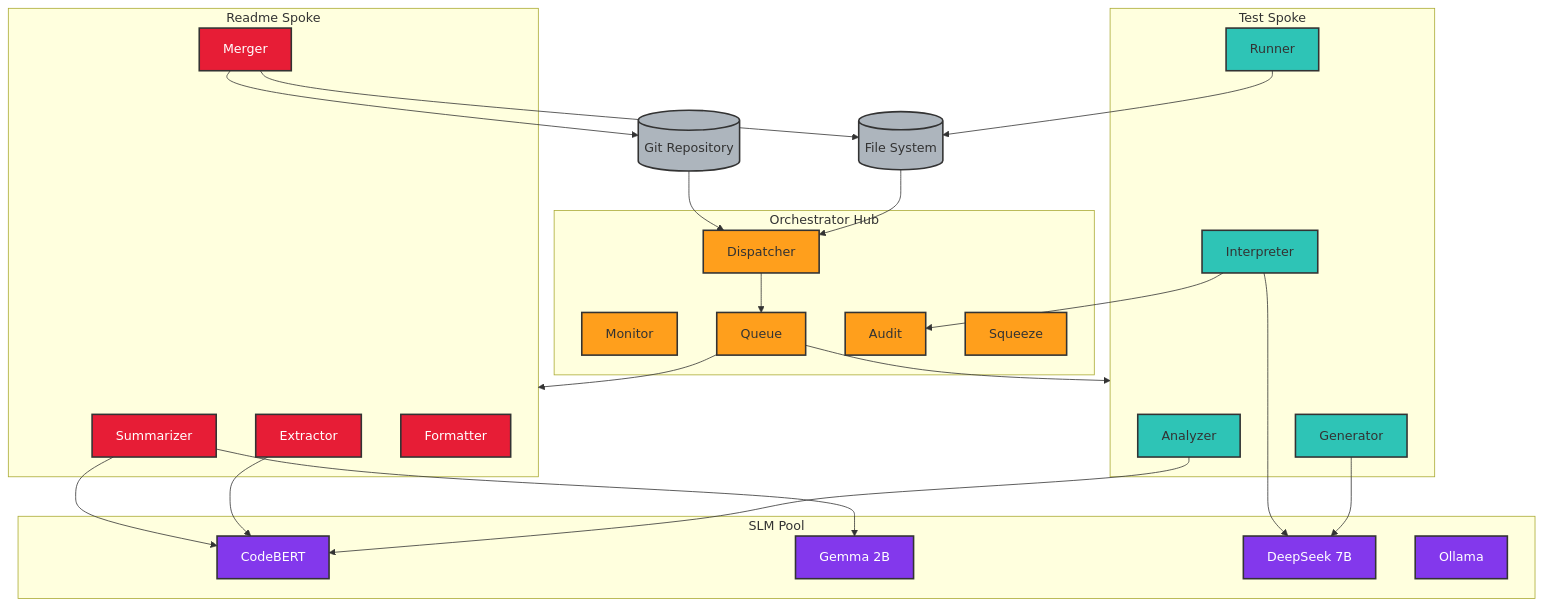
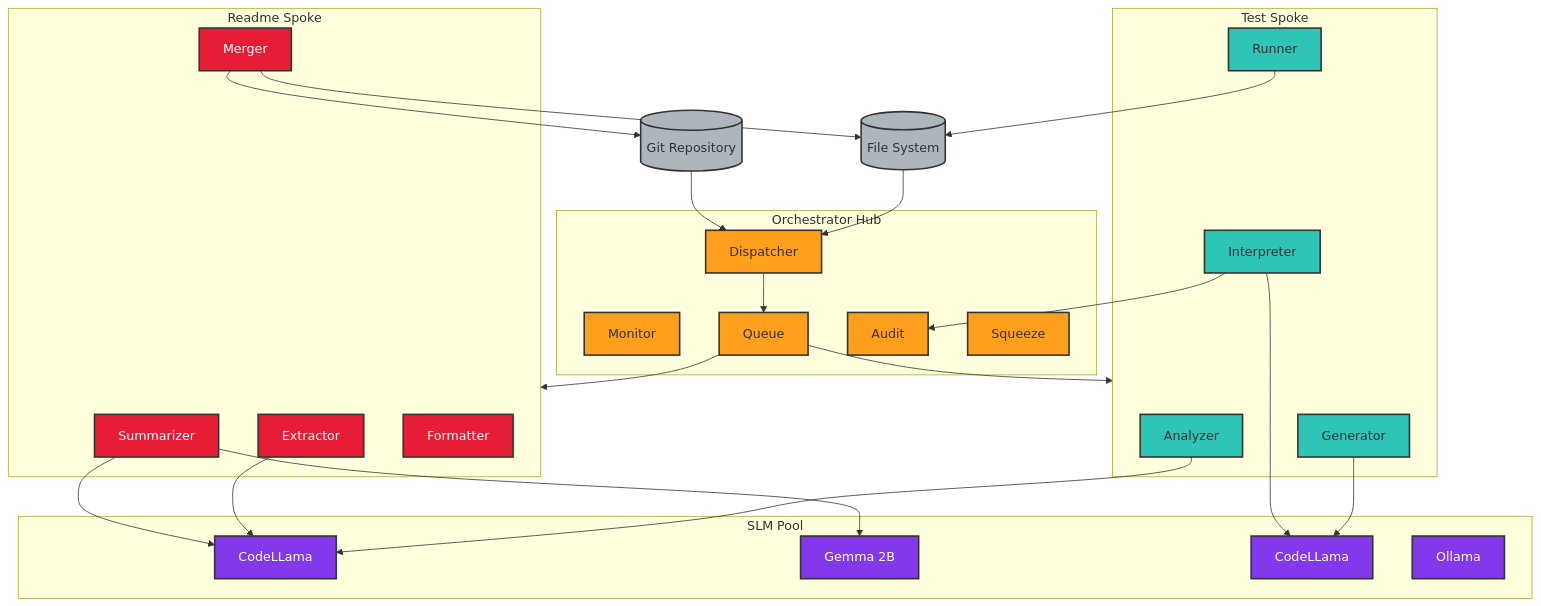
The diagram in docs/diagrams/architecture.mmd (Drecoder/spoke-tool), drawn with Mermaid before and after one commit.

Commit message:
Revise architecture diagram and update CodeBERT to CodeLLama
Updated architecture diagram to reflect changes in SLM components.

```diff
--- a/docs/diagrams/architecture.mmd
+++ b/docs/diagrams/architecture.mmd
@@ -1,68 +1,69 @@
 graph TD
     %% Top Level
     FS[("File System")]
     Git[("Git Repository")]
     
     %% Hub
     subgraph Hub[Orchestrator Hub]
         D[Dispatcher]
         M[Monitor]
         Q[Queue]
         A[Audit]
         S[Squeeze]
     end
     
     %% Spokes
     subgraph Test[Test Spoke]
         TA[Analyzer]
         TG[Generator]
         TR[Runner]
         TI[Interpreter]
     end
     
     subgraph Readme[Readme Spoke]
         RE[Extractor]
         RS[Summarizer]
         RF[Formatter]
         RM[Merger]
     end
     
     %% SLM
     subgraph SLM[SLM Pool]
-        CB[CodeBERT]
+        CB[CodeLLama]
         G[Gemma 2B]
-        DS[DeepSeek 7B]
+        DS[CodeLLama]
         O[Ollama]
     end
     
     %% Connections
     FS --> D
     Git --> D
     D --> Q
     Q --> Test
     Q --> Readme
     
     TA --> CB
     TG --> DS
     TI --> DS
     
     RE --> CB
     RS --> G
     RS --> CB
     
     TR --> FS
     RM --> FS
     RM --> Git
     TI --> A
     
     classDef hub fill:#ff9f1c,stroke:#333,stroke-width:2px,color:#333
     classDef test fill:#2ec4b6,stroke:#333,stroke-width:2px,color:#333
     classDef doc fill:#e71d36,stroke:#333,stroke-width:2px,color:#fff
     classDef slm fill:#8338ec,stroke:#333,stroke-width:2px,color:#fff
     classDef external fill:#adb5bd,stroke:#333,stroke-width:2px,color:#333
     
     class D,M,Q,A,S hub
     class TA,TG,TR,TI test
     class RE,RS,RF,RM doc
     class CB,G,DS,O slm
+
     class FS,Git external
```
